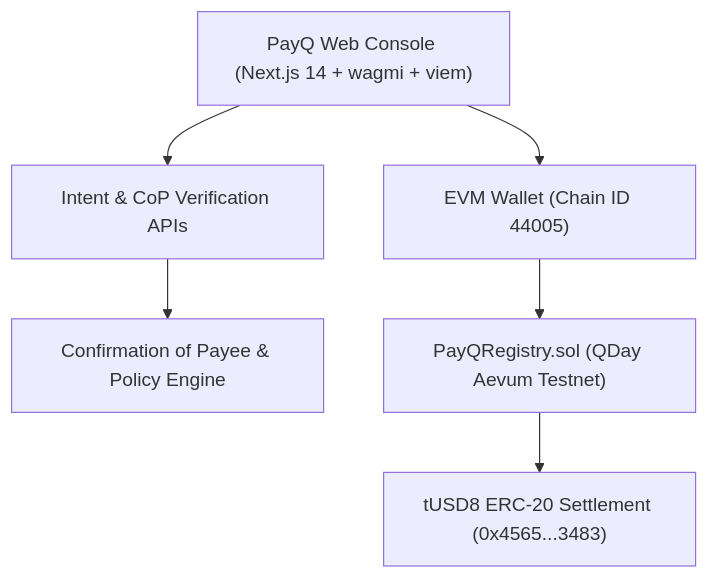
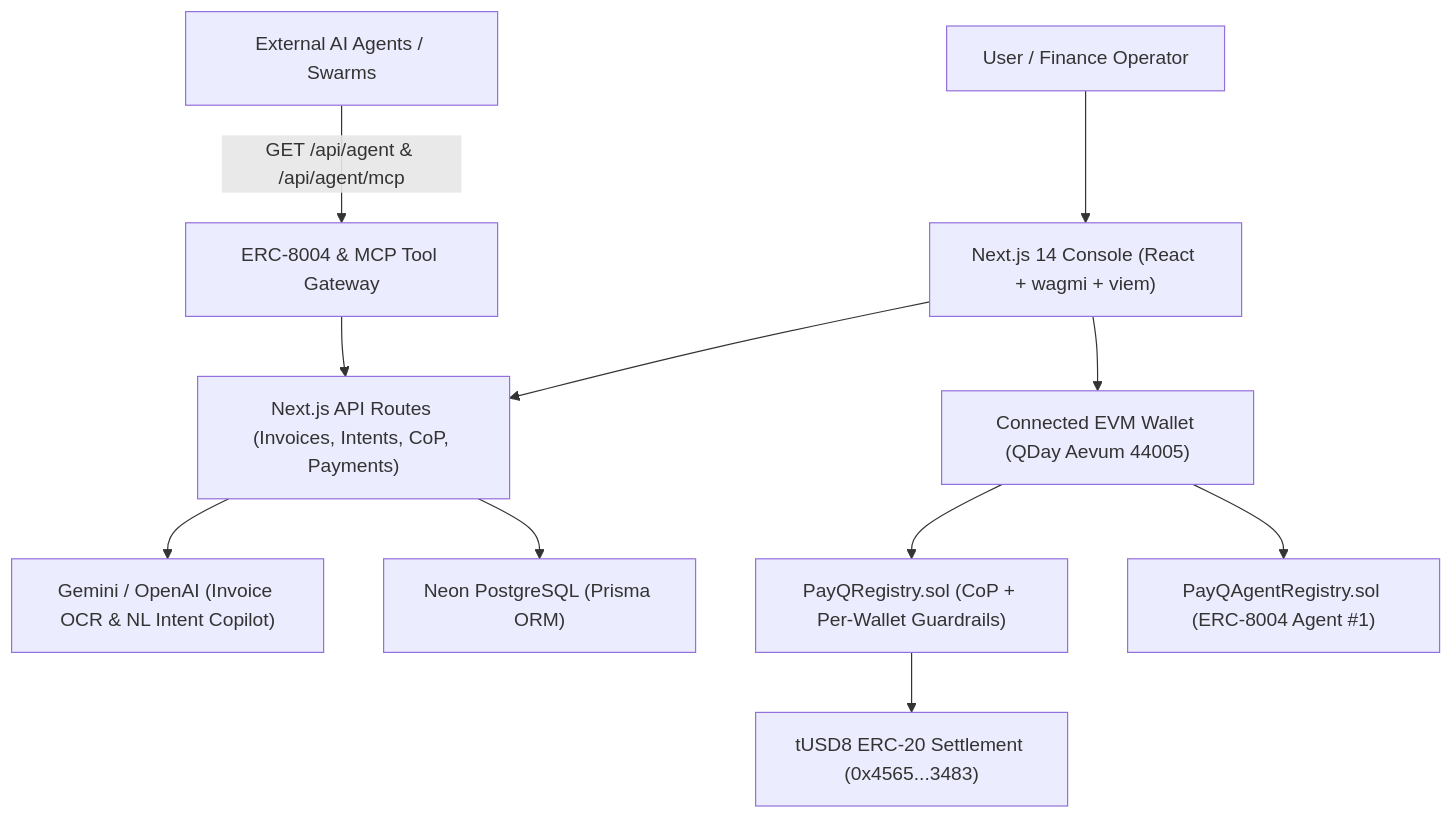
The diagram in README.md (InnoOkeke/PayQ), drawn with Mermaid before and after one commit. The commit also changed other lines of this file, not shown here.

````diff
--- a/README.md
+++ b/README.md
@@ -50,8 +62,13 @@
 ```mermaid
 flowchart TD
-    UI["PayQ Web Console (Next.js 14 + wagmi + viem)"] --> API["Intent & CoP Verification APIs"]
-    UI --> WALLET["EVM Wallet (Chain ID 44005)"]
-    API --> COP["Confirmation of Payee & Policy Engine"]
-    WALLET --> REG["PayQRegistry.sol (QDay Aevum Testnet)"]
+    USER["User / Finance Operator"] --> UI["Next.js 14 Console (React + wagmi + viem)"]
+    EXT["External AI Agents / Swarms"] -->|"GET /api/agent & /api/agent/mcp"| AGENT["ERC-8004 & MCP Tool Gateway"]
+    UI --> API["Next.js API Routes (Invoices, Intents, CoP, Payments)"]
+    API --> AI["Gemini / OpenAI (Invoice OCR & NL Intent Copilot)"]
+    API --> DB["Neon PostgreSQL (Prisma ORM)"]
+    AGENT --> API
+    UI --> WALLET["Connected EVM Wallet (QDay Aevum 44005)"]
+    WALLET --> REG["PayQRegistry.sol (CoP + Per-Wallet Guardrails)"]
     REG --> TUSD8["tUSD8 ERC-20 Settlement (0x4565...3483)"]
+    WALLET --> ERC8004["PayQAgentRegistry.sol (ERC-8004 Agent #1)"]
 ```
````
